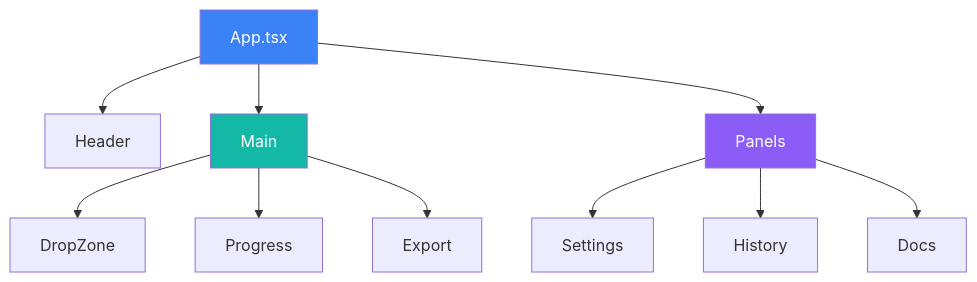
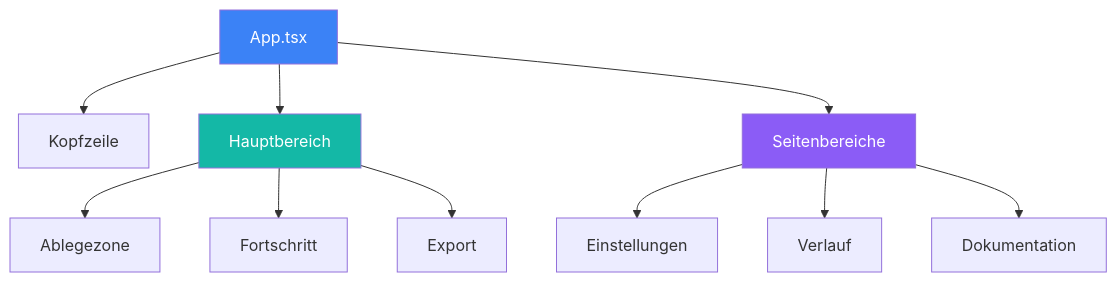
One commit to duckling-ui/duckling changed the seventh of 8 diagrams in docs/de/architecture/diagrams.md. Above: the diagram before and after it, drawn with Mermaid. The commit also changed other lines of this file and 133 other files, not shown here.

````diff
--- a/docs/de/architecture/diagrams.md
+++ b/docs/de/architecture/diagrams.md
@@ -190,20 +190,20 @@
 ```mermaid
 graph TD
     App[App.tsx]
 
-    App --> Header
-    App --> Main
-    App --> Panels
+    App --> Header[Kopfzeile]
+    App --> Main[Hauptbereich]
+    App --> Panels[Seitenbereiche]
 
-    Main --> DropZone
-    Main --> Progress
-    Main --> Export
+    Main --> DropZone[Ablegezone]
+    Main --> Progress[Fortschritt]
+    Main --> Export[Export]
 
-    Panels --> Settings
-    Panels --> History
-    Panels --> Docs
+    Panels --> Settings[Einstellungen]
+    Panels --> History[Verlauf]
+    Panels --> Docs[Dokumentation]
 
     style App fill:#3b82f6,color:#fff
     style Main fill:#14b8a6,color:#fff
     style Panels fill:#8b5cf6,color:#fff
 ```
````
